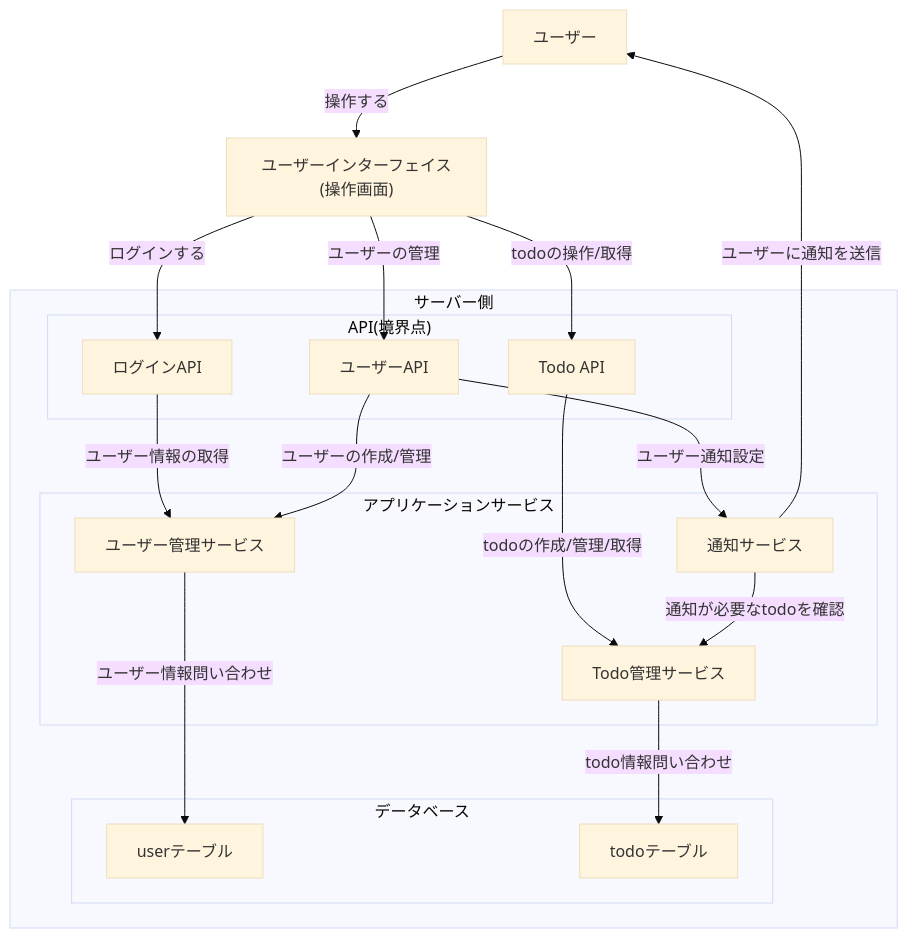
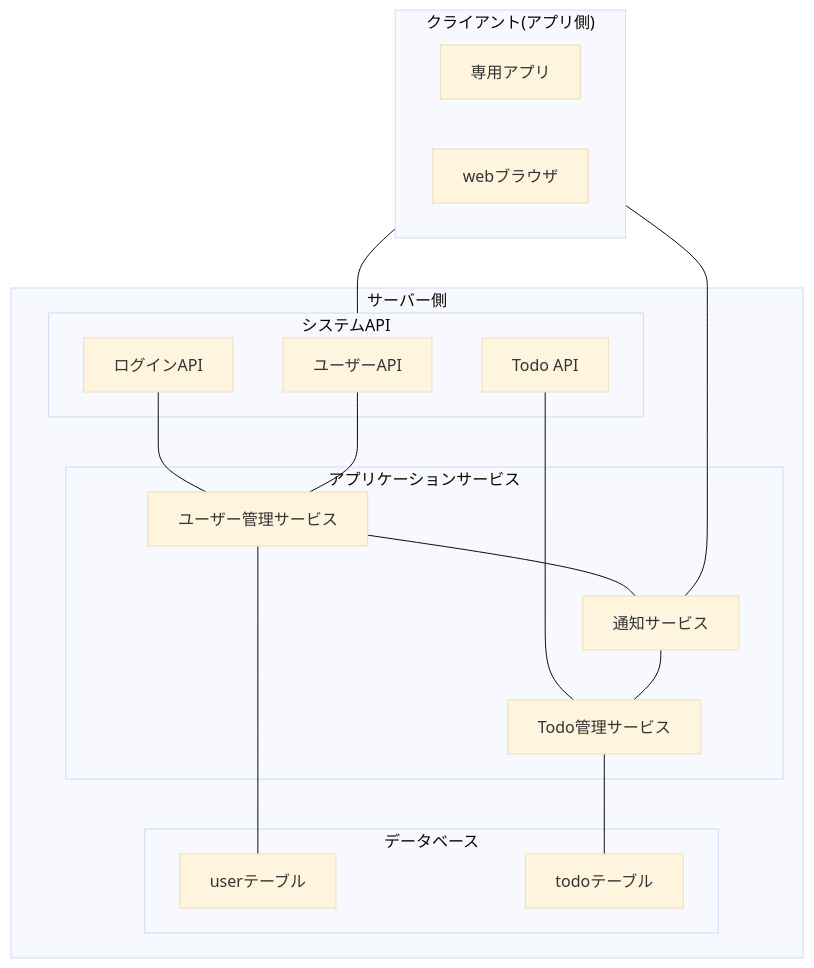
Before and after one commit to tam1192/MyTodoAppsDocs: the first of 4 diagrams in src/要件定義.md, drawn with Mermaid (base theme). The commit also changed other lines of this file, not shown here.

Commit message:
システム構成図から詳細な情報を抜き、システムの関連性だけを示せるように修正

````diff
--- a/src/要件定義.md
+++ b/src/要件定義.md
@@ -40,47 +40,43 @@
 ```mermaid
 flowchart TD
    %% 機能定義
-   user["ユーザー"]
-      ui["ユーザーインターフェイス(操作画面)"]
-      subgraph server["サーバー側"]
-      subgraph api["API(境界点)"]
+   subgraph client["クライアント(アプリ側)"]
+      app["専用アプリ"]
+      web["webブラウザ"]
+   end
+   subgraph server["サーバー側"]
+      subgraph api["システムAPI"]
          userApi["ユーザーAPI"]
          todoApi["Todo API"]
          loginApi["ログインAPI"]
       end
       subgraph aps["アプリケーションサービス"]
          userManagementService["ユーザー管理サービス"]
          todoManagementService["Todo管理サービス"]
          notificationManagementService["通知サービス"]
       end
       subgraph db["データベース"]
          userDb["userテーブル"]
          todoDb["todoテーブル"]
       end
    end
 
-   %% ユーザーのUIの関係
-   user --> |操作する| ui
-
    %% ログインシステムの関係
-   ui --> |ログインする| loginApi
-   loginApi --> |ユーザー情報の取得| userManagementService
+   client --- api
+   loginApi --- userManagementService
 
    %% ユーザー管理関係
-   userApi --> |ユーザーの作成/管理| userManagementService
-   userManagementService --> |ユーザー情報問い合わせ| userDb
-   ui --> |ユーザーの管理| userApi
-   userApi --> |ユーザー通知設定| notificationManagementService
+   userApi --- userManagementService
+   userManagementService --- userDb
+
 
    %% Todo機能の関係
+   todoApi --- todoManagementService
 
-   ui --> |todoの操作/取得| todoApi
-   todoApi --> |todoの作成/管理/取得| todoManagementService
-
-   todoManagementService --> |todo情報問い合わせ| todoDb
+   todoManagementService --- todoDb
 
    %% 通知機能の関係
-
-   notificationManagementService --> |通知が必要なtodoを確認| todoManagementService
-   notificationManagementService --> |ユーザーに通知を送信| user
+   userManagementService --- notificationManagementService
+   notificationManagementService --- todoManagementService
+   notificationManagementService --- client
 ```
````
